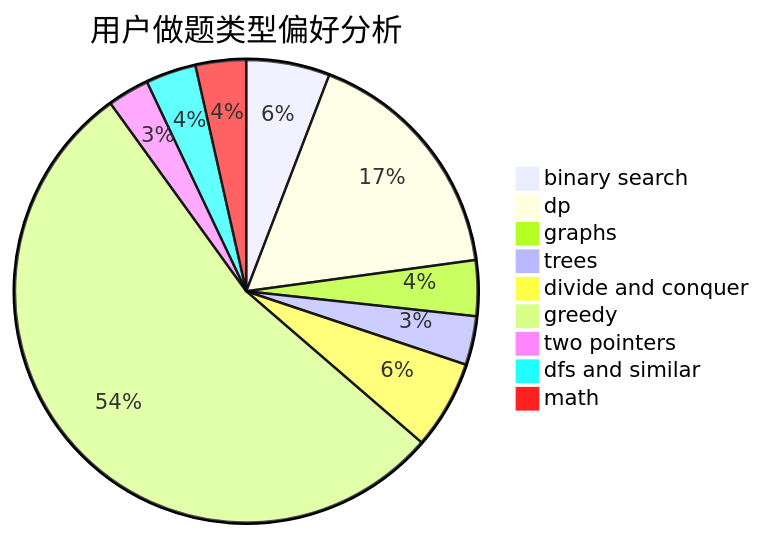
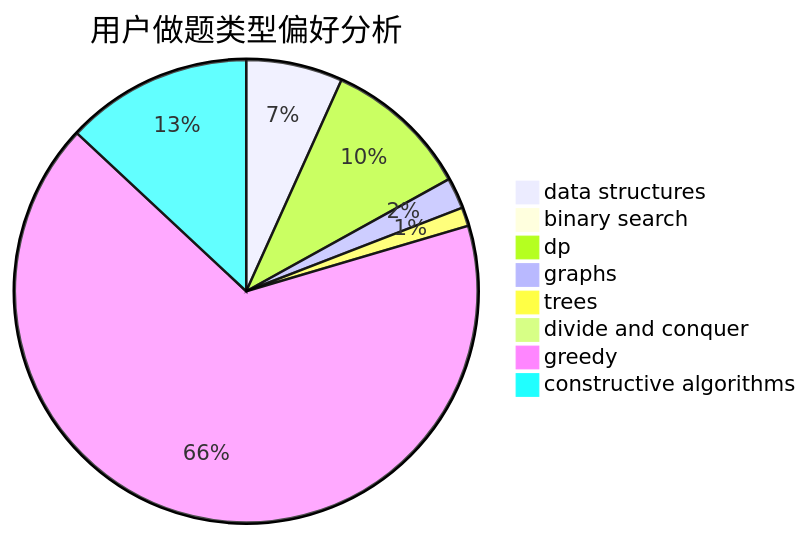
One commit to sherpahu/cfrs.github.io changed the second of 3 diagrams in docs/user/u1489.md. Above: the diagram before and after it, drawn with Mermaid. The commit also changed other lines of this file and 2775 other files, not shown here.

````diff
--- a/docs/user/u1489.md
+++ b/docs/user/u1489.md
@@ -23,12 +23,11 @@
 ```mermaid
 pie title 用户做题类型偏好分析
-    "binary search" :  48
-    "dp" :  140
-    "graphs" :  32
-    "trees" :  28
-    "divide and conquer" :  51
-    "greedy" :  442
-    "two pointers" :  24
-    "dfs and similar" :  29
-    "math" :  29
+    "data structures" :  31
+    "binary search" :  2
+    "dp" :  47
+    "graphs" :  10
+    "trees" :  6
+    "divide and conquer" :  3
+    "greedy" :  306
+    "constructive algorithms" :  60
 ```
````
